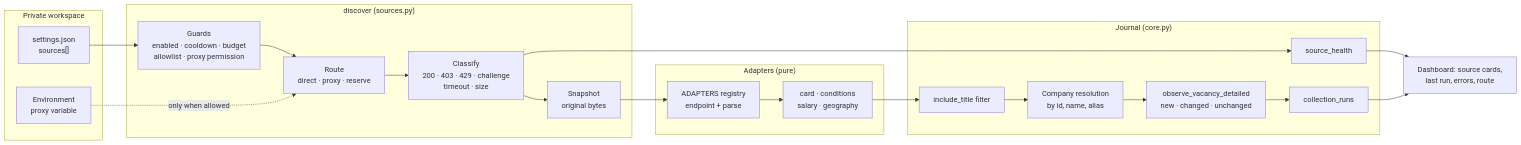
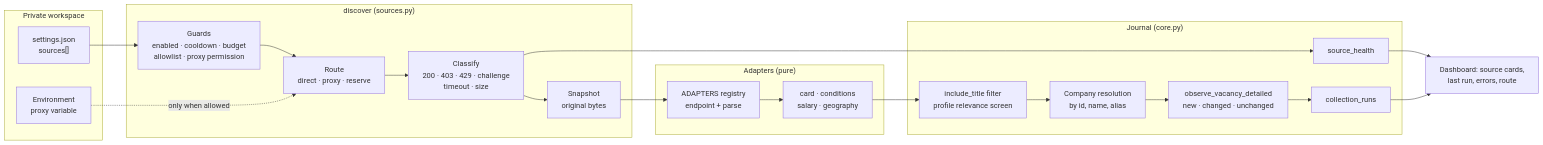
The first of 2 diagrams in docs/SOURCE_ARCHITECTURE.md (eiler2005/career-copilot), drawn with Mermaid before and after one commit. The commit also changed other lines of this file and 33 other files, not shown here.

First line of the commit message:
Add profile relevance: screen vacancies by function, level, CV domains and keyword queries

````diff
--- a/docs/SOURCE_ARCHITECTURE.md
+++ b/docs/SOURCE_ARCHITECTURE.md
@@ -13,30 +13,30 @@
 ```mermaid
 flowchart LR
   subgraph Private["Private workspace"]
     S["settings.json<br/>sources[]"]
     E["Environment<br/>proxy variable"]
   end
   subgraph Loop["discover (sources.py)"]
     G["Guards<br/>enabled · cooldown · budget<br/>allowlist · proxy permission"]
     R["Route<br/>direct · proxy · reserve"]
     C["Classify<br/>200 · 403 · 429 · challenge<br/>timeout · size"]
     P["Snapshot<br/>original bytes"]
   end
   subgraph Adapters["Adapters (pure)"]
     A["ADAPTERS registry<br/>endpoint + parse"]
     N["card · conditions<br/>salary · geography"]
   end
   subgraph Journal["Journal (core.py)"]
-    F["include_title filter"]
+    F["include_title filter<br/>profile relevance screen"]
     K["Company resolution<br/>by id, name, alias"]
     O["observe_vacancy_detailed<br/>new · changed · unchanged"]
     H["source_health"]
     U["collection_runs"]
   end
   S --> G --> R --> C --> P --> A --> N --> F --> K --> O
   E -. "only when allowed" .-> R
   C --> H
   O --> U
   H --> D["Dashboard: source cards,<br/>last run, errors, route"]
   U --> D
 ```
````
